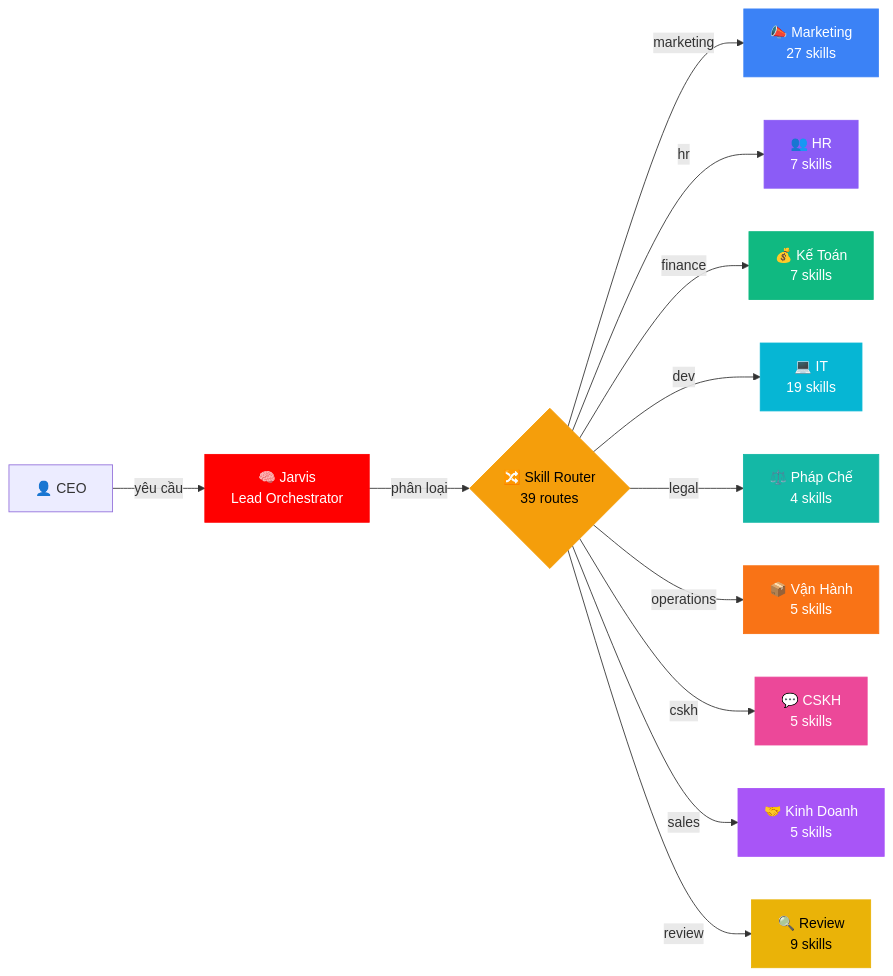
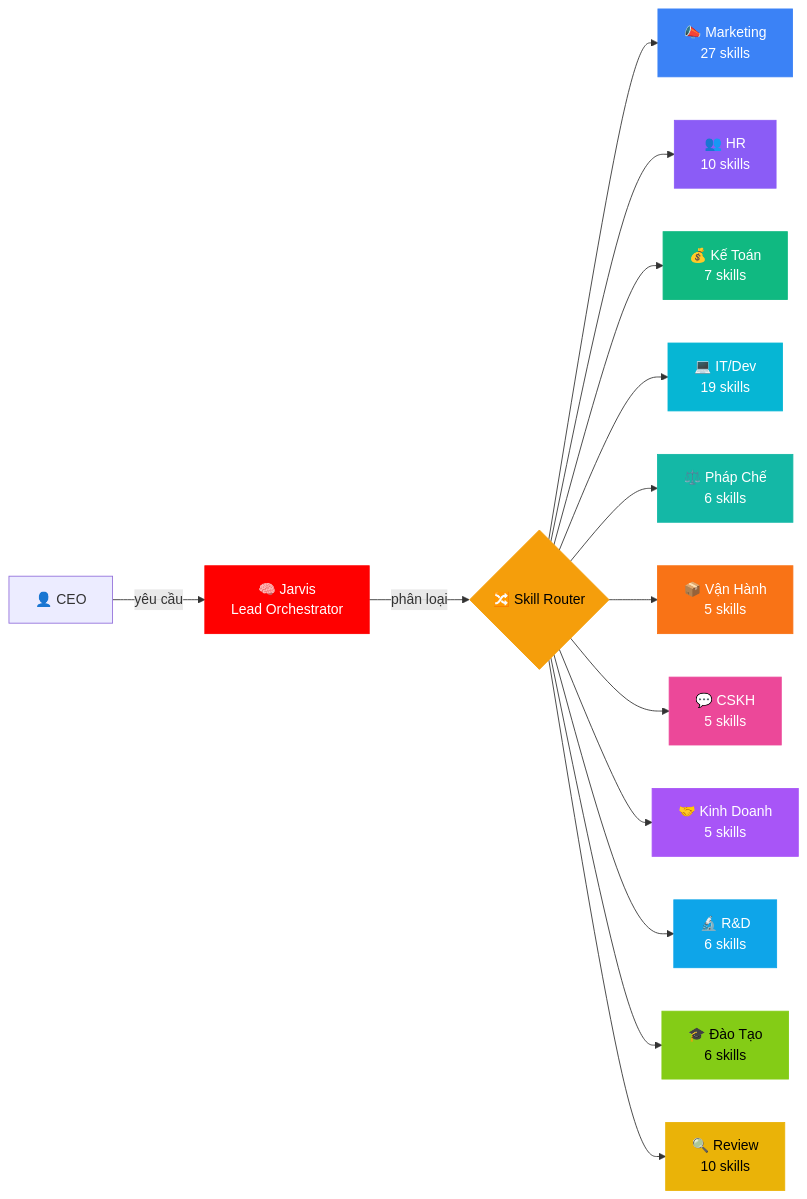
One commit to xaotiensinh-abm/abm-workforce changed the first of 5 diagrams in README.md. Above: the diagram before and after it, drawn with Mermaid. The commit also changed other lines of this file and 36 other files, not shown here.

Commit message:
feat: v3.5 — README viết lại + 13 skills mới (R&D 6, Đào Tạo 6, prompt-sentinel) + 3 workflows + 2 SubAgents + dashboard auto-sync | 116 skills, 18 workflows, 11 phòng ban

````diff
--- a/README.md
+++ b/README.md
@@ -31,26 +32,30 @@
 ```mermaid
 graph LR
     CEO["👤 CEO"] -->|yêu cầu| J["🧠 Jarvis<br/>Lead Orchestrator"]
-    J -->|phân loại| R{"🔀 Skill Router<br/>39 routes"}
-    R -->|marketing| MKT["📣 Marketing<br/>27 skills"]
-    R -->|hr| HR["👥 HR<br/>7 skills"]
-    R -->|finance| FIN["💰 Kế Toán<br/>7 skills"]
-    R -->|dev| IT["💻 IT<br/>19 skills"]
-    R -->|legal| LEG["⚖️ Pháp Chế<br/>4 skills"]
-    R -->|operations| OPS["📦 Vận Hành<br/>5 skills"]
-    R -->|cskh| CS["💬 CSKH<br/>5 skills"]
-    R -->|sales| SALE["🤝 Kinh Doanh<br/>5 skills"]
-    R -->|review| REV["🔍 Review<br/>9 skills"]
+    J -->|phân loại| R{"🔀 Skill Router"}
+    R --> MKT["📣 Marketing<br/>27 skills"]
+    R --> HR["👥 HR<br/>10 skills"]
+    R --> FIN["💰 Kế Toán<br/>7 skills"]
+    R --> IT["💻 IT/Dev<br/>19 skills"]
+    R --> LEG["⚖️ Pháp Chế<br/>6 skills"]
+    R --> OPS["📦 Vận Hành<br/>5 skills"]
+    R --> CS["💬 CSKH<br/>5 skills"]
+    R --> SALE["🤝 Kinh Doanh<br/>5 skills"]
+    R --> RD["🔬 R&D<br/>6 skills"]
+    R --> TRAIN["🎓 Đào Tạo<br/>6 skills"]
+    R --> REV["🔍 Review<br/>10 skills"]
 
     style J fill:#FF0000,stroke:#FF0000,color:#fff
     style R fill:#f59e0b,stroke:#f59e0b,color:#000
     style MKT fill:#3b82f6,stroke:#3b82f6,color:#fff
     style HR fill:#8b5cf6,stroke:#8b5cf6,color:#fff
     style FIN fill:#10b981,stroke:#10b981,color:#fff
     style IT fill:#06b6d4,stroke:#06b6d4,color:#fff
     style LEG fill:#14b8a6,stroke:#14b8a6,color:#fff
     style OPS fill:#f97316,stroke:#f97316,color:#fff
     style CS fill:#ec4899,stroke:#ec4899,color:#fff
     style SALE fill:#a855f7,stroke:#a855f7,color:#fff
+    style RD fill:#0ea5e9,stroke:#0ea5e9,color:#fff
+    style TRAIN fill:#84cc16,stroke:#84cc16,color:#000
     style REV fill:#eab308,stroke:#eab308,color:#000
 ```
````
